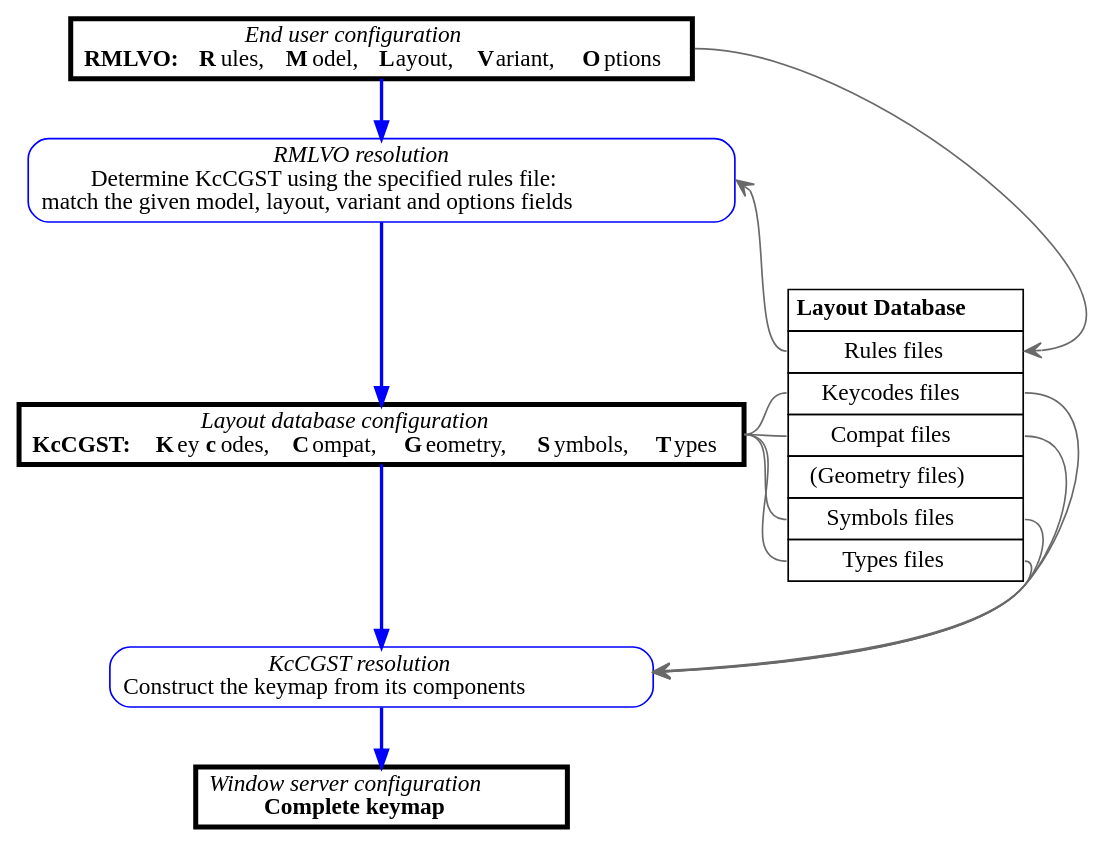
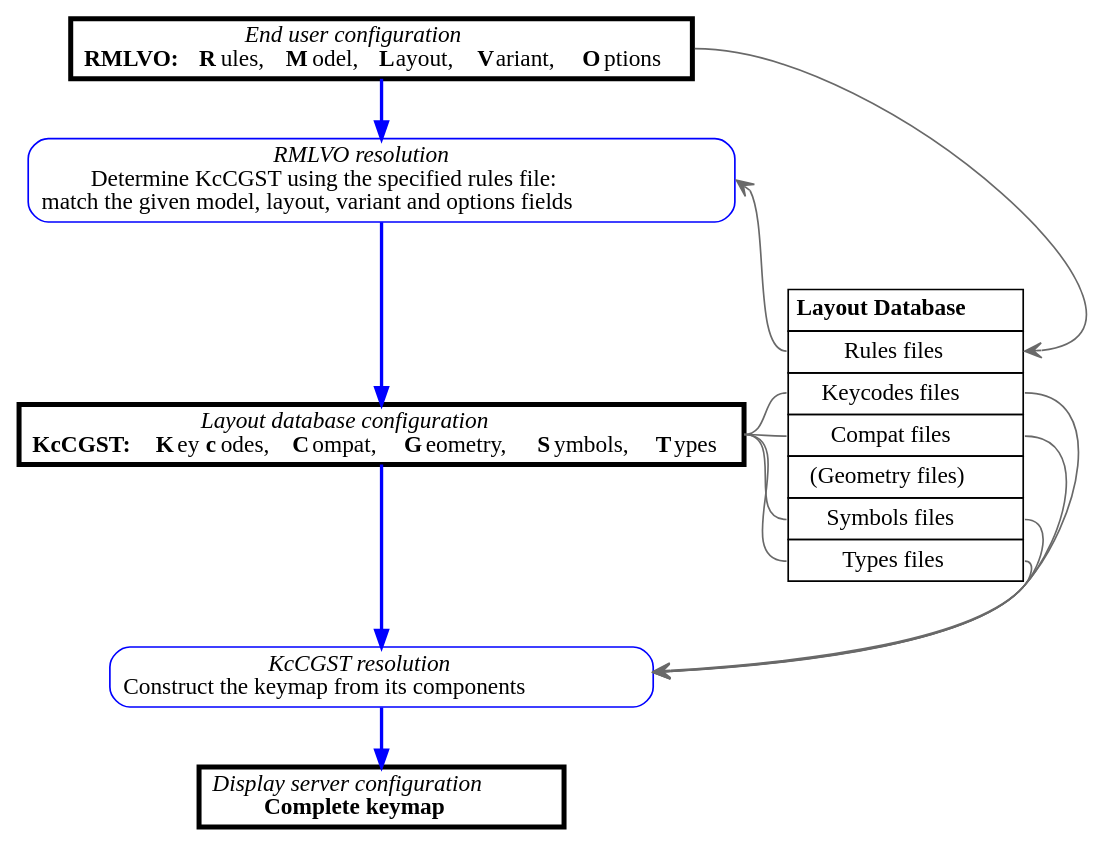
The diagram in doc/diagrams/xkb-configuration.dot (xkbcommon/libxkbcommon), drawn with Graphviz before and after one commit. The commit also changed 4 other files, not shown here.

```diff
--- a/doc/diagrams/xkb-configuration.dot
+++ b/doc/diagrams/xkb-configuration.dot
@@ -1,75 +1,76 @@
 digraph {
 
     node [shape=box]
 
     subgraph process {
         RMLVO [
             label=<<i>End user configuration</i><br/><b>RMLVO:</b> <b>R</b>ules, <b>M</b>odel, <b>L</b>ayout, <b>V</b>ariant, <b>O</b>ptions>,
             penwidth=3,
             href="@ref RMLVO-intro",
         ];
         RMLVO_resolution [
             label=<<i>RMLVO resolution</i><br/>Determine KcCGST using the specified rules file:<br/>match the given model, layout, variant and options fields>,
             style=rounded,
-            color=blue
+            color=blue,
+            href="@ref rmlvo-resolution"
         ];
         KcCGST [
             label=<<i>Layout database configuration</i><br/><b>KcCGST:</b> <b>K</b>ey<b>c</b>odes, <b>C</b>ompat, <b>G</b>eometry, <b>S</b>ymbols, <b>T</b>ypes>,
             penwidth=3,
             href="@ref KcCGST-intro"
         ];
         KcCGST_resolution [
             label=<<i>KcCGST resolution</i><br/>Construct the keymap from its components>,
             style=rounded,
             color=blue
         ];
         Keymap [
-            label=<<i>Window server configuration</i><br/><b>Complete keymap</b>>,
+            label=<<i>Display server configuration</i><br/><b>Complete keymap</b>>,
             penwidth=3,
             href="@ref keymap-intro"
         ];
     }
 
     database [shape=none, label=<
         <table border="0" cellborder="1" cellspacing="0" cellpadding="4">
             <tr><td><b>Layout Database</b></td></tr>
             <hr/>
-            <tr><td port="rules">Rules files</td></tr>
-            <tr><td port="keycodes">Keycodes files</td></tr>
-            <tr><td port="compat">Compat files</td></tr>
-            <tr><td port="geometry">(Geometry files)</td></tr>
-            <tr><td port="symbols">Symbols files</td></tr>
-            <tr><td port="types">Types files</td></tr>
+            <tr><td port="rules" href="@ref config-rules-def">Rules files</td></tr>
+            <tr><td port="keycodes" href="@ref config-keycodes-def">Keycodes files</td></tr>
+            <tr><td port="compat" href="@ref config-compat-def">Compat files</td></tr>
+            <tr><td port="geometry" href="@ref config-geometry-def">(Geometry files)</td></tr>
+            <tr><td port="symbols" href="@ref config-symbols-def">Symbols files</td></tr>
+            <tr><td port="types" href="@ref config-types-def">Types files</td></tr>
         </table>
     >];
 
     { rank = same; KcCGST; database }
 
     edge [
         color=blue,
         arrowhead=normal,
         style=bold
     ]
     {
         rankdir="TB";
         RMLVO -> RMLVO_resolution -> KcCGST -> KcCGST_resolution -> Keymap
     }
 
 
     edge [
         color=dimgrey,
         arrowhead=vee,
         style=solid
     ]
     RMLVO:e -> database:rules:e [constraint=false];
     KcCGST:e -> database:keycodes:w [constraint=false];
     KcCGST:e -> database:compat:w [constraint=false];
     KcCGST:e -> database:symbols:w [constraint=false];
     KcCGST:e -> database:types:w [constraint=false];
 
     database:rules:w -> RMLVO_resolution:e [constraint=false];
     database:keycodes:e -> KcCGST_resolution [constraint=false];
     database:compat:e -> KcCGST_resolution [constraint=false];
     database:symbols:e -> KcCGST_resolution [constraint=false];
     database:types:e -> KcCGST_resolution [constraint=false];
 }
```
